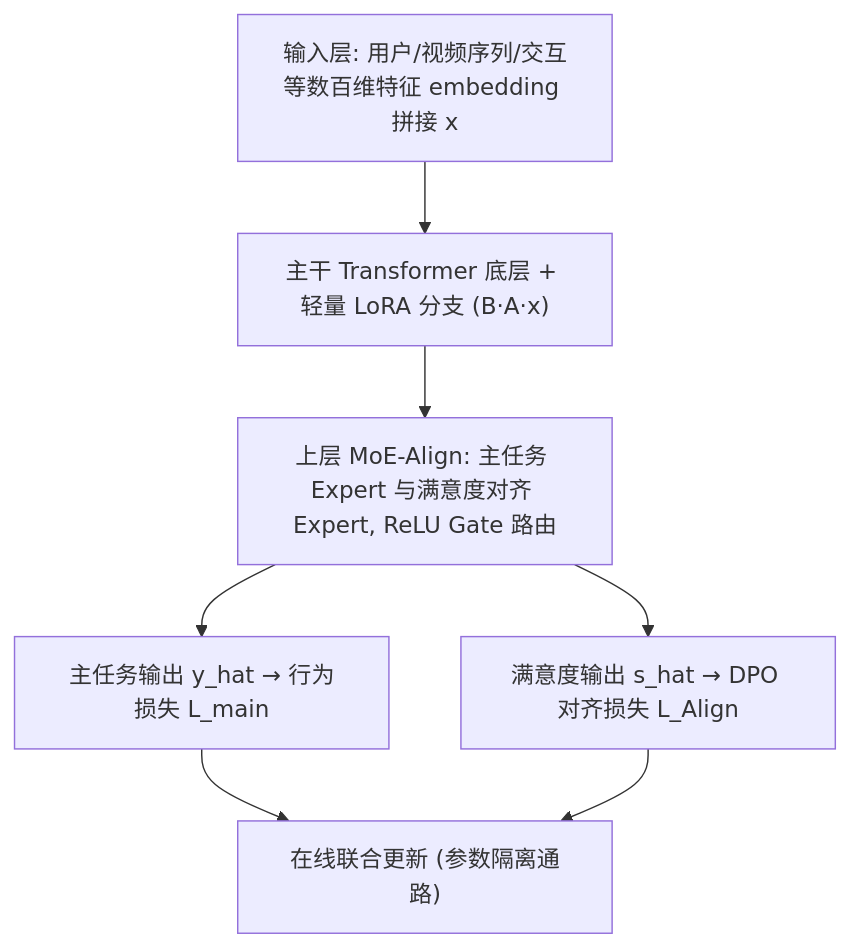
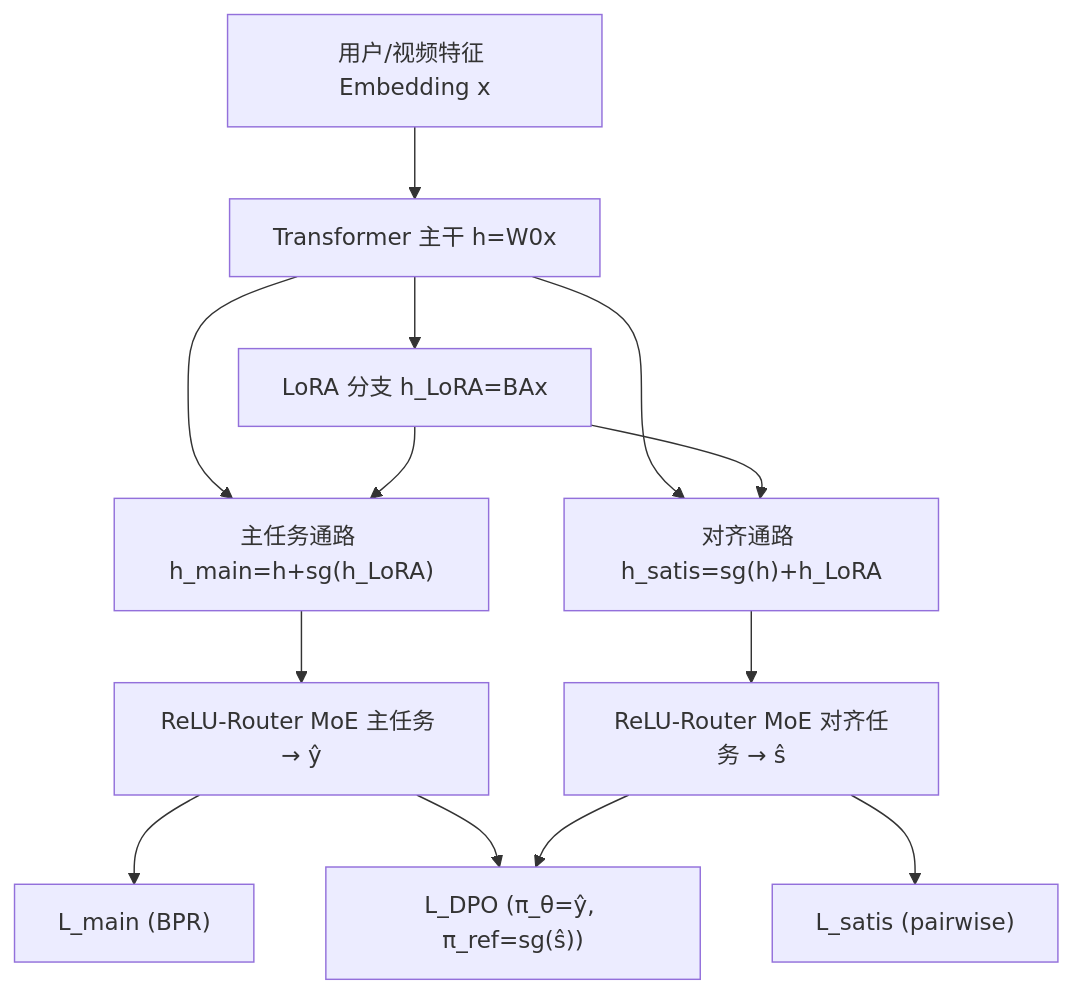
Before and after one commit to jbdcia321vw/Paper-Notes: the diagram in docs/venues/SIGIR/2026/multi_task_reranking/towards_end_to_end_alignment_of_user_satisfaction_via_questionnaire_in_vide.md, drawn with Mermaid. The commit also changed other lines of this file and 1119 other files, not shown here.

````diff
--- a/docs/venues/SIGIR/2026/multi_task_reranking/towards_end_to_end_alignment_of_user_satisfaction_via_questionnaire_in_vide.md
+++ b/docs/venues/SIGIR/2026/multi_task_reranking/towards_end_to_end_alignment_of_user_satisfaction_via_questionnaire_in_vide.md
@@ -57,9 +46,15 @@
 ```mermaid
 flowchart TD
-    A["输入层: 用户/视频序列/交互等数百维特征 embedding 拼接 x"] --> B["主干 Transformer 底层 + 轻量 LoRA 分支 (B·A·x)"]
-    B --> C["上层 MoE-Align: 主任务 Expert 与满意度对齐 Expert, ReLU Gate 路由"]
-    C --> D1["主任务输出 y_hat → 行为损失 L_main"]
-    C --> D2["满意度输出 s_hat → DPO 对齐损失 L_Align"]
-    D1 --> E["在线联合更新 (参数隔离通路)"]
-    D2 --> E
+    A["用户/视频特征 Embedding x"] --> B["Transformer 主干 h=W0x"]
+    B --> C["LoRA 分支 h_LoRA=BAx"]
+    B --> D["主任务通路 h_main=h+sg(h_LoRA)"]
+    C --> D
+    B --> E["对齐通路 h_satis=sg(h)+h_LoRA"]
+    C --> E
+    D --> F["ReLU-Router MoE 主任务 → ŷ"]
+    E --> G["ReLU-Router MoE 对齐任务 → ŝ"]
+    F --> H["L_main (BPR)"]
+    G --> I["L_satis (pairwise)"]
+    F --> J["L_DPO (π_θ=ŷ, π_ref=sg(ŝ))"]
+    G --> J
 ```
````
